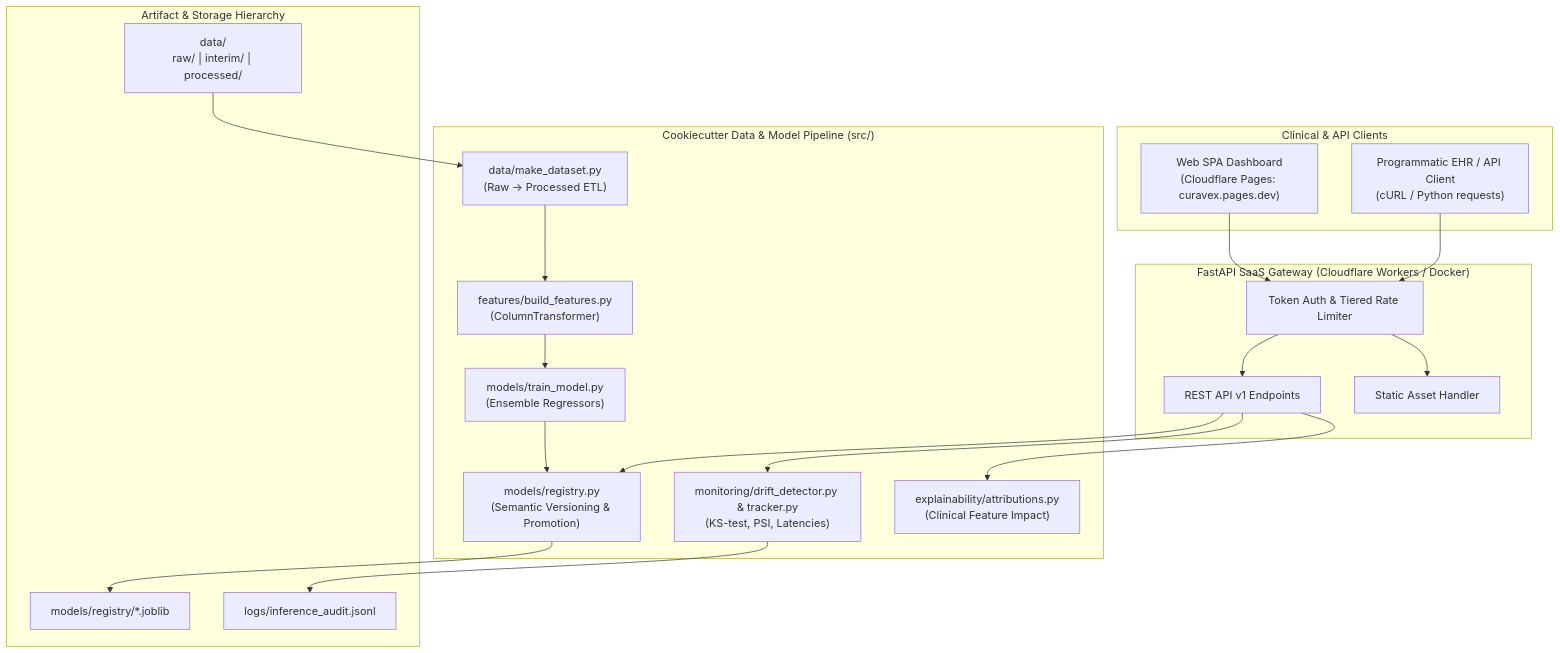
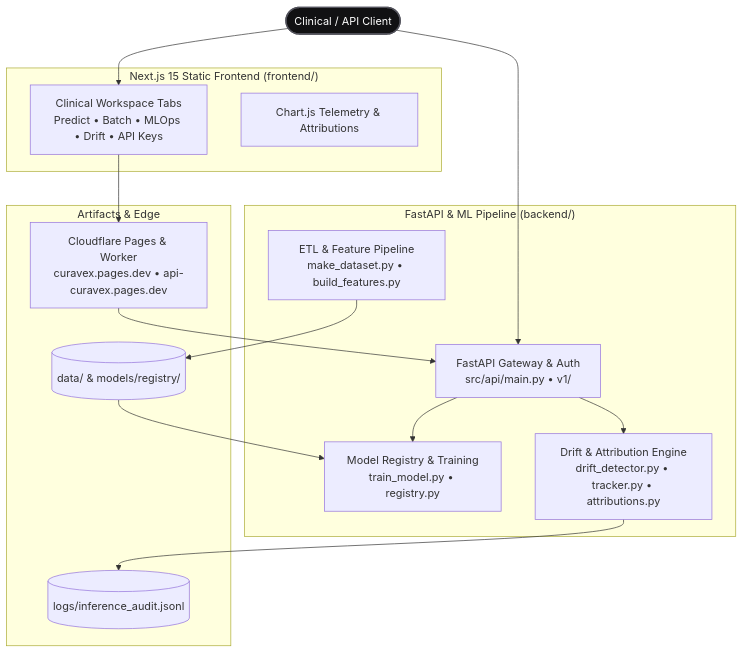
The diagram in README.md (krishujeniya/curavex), drawn with Mermaid before and after one commit. The commit also changed other lines of this file, not shown here.

````diff
--- a/README.md
+++ b/README.md
@@ -26,33 +28,32 @@
 ```mermaid
 flowchart TD
-    subgraph Client["Clinical & API Clients"]
-        UI["Web SPA Dashboard<br/>(Cloudflare Pages: curavex.pages.dev)"]
-        API_CLIENT["Programmatic EHR / API Client<br/>(cURL / Python requests)"]
+    User(["Clinical / API Client"]):::client
+
+    subgraph Frontend["Next.js 15 Static Frontend (frontend/)"]
+        UI["Clinical Workspace Tabs<br/>Predict • Batch • MLOps • Drift • API Keys"]
+        Charts["Chart.js Telemetry & Attributions"]
     end
 
-    subgraph CCDS_Pipeline["Cookiecutter Data & Model Pipeline (src/)"]
-        DATA_IN["data/make_dataset.py<br/>(Raw -> Processed ETL)"]
-        FEAT["features/build_features.py<br/>(ColumnTransformer)"]
-        TRAIN["models/train_model.py<br/>(Ensemble Regressors)"]
-        REG["models/registry.py<br/>(Semantic Versioning & Promotion)"]
-        MON["monitoring/drift_detector.py & tracker.py<br/>(KS-test, PSI, Latencies)"]
-        EXP["explainability/attributions.py<br/>(Clinical Feature Impact)"]
+    subgraph Backend["FastAPI & ML Pipeline (backend/)"]
+        API["FastAPI Gateway & Auth<br/>src/api/main.py • v1/"]
+        ETL["ETL & Feature Pipeline<br/>make_dataset.py • build_features.py"]
+        Reg["Model Registry & Training<br/>train_model.py • registry.py"]
+        Mon["Drift & Attribution Engine<br/>drift_detector.py • tracker.py • attributions.py"]
     end
 
-    subgraph Serving["FastAPI SaaS Gateway (Cloudflare Workers / Docker)"]
-        AUTH["Token Auth & Tiered Rate Limiter"]
-        ROUTERS["REST API v1 Endpoints"]
-        STATIC["Static Asset Handler"]
+    subgraph Storage["Artifacts & Edge"]
+        Data[("data/ & models/registry/")]
+        Logs[("logs/inference_audit.jsonl")]
+        Edge["Cloudflare Pages & Worker<br/>curavex.pages.dev • api-curavex.pages.dev"]
     end
 
-    subgraph Storage["Artifact & Storage Hierarchy"]
-        DATA_DIR["data/<br/>raw/ | interim/ | processed/"]
-        MODELS_DIR["models/registry/*.joblib"]
-        LOGS_DIR["logs/inference_audit.jsonl"]
-    end
+    User --> UI
+    User --> API
+    UI --> Edge --> API
+    API --> Reg
+    API --> Mon
+    ETL --> Data --> Reg
+    Mon --> Logs
 
-    DATA_DIR --> DATA_IN --> FEAT --> TRAIN --> REG --> MODELS_DIR
-    UI & API_CLIENT --> AUTH --> ROUTERS & STATIC
-    ROUTERS --> REG & MON & EXP
-    MON --> LOGS_DIR
+    classDef client fill:#111113,stroke:#52525b,color:#ffffff,stroke-width:2px;
 ```
````
